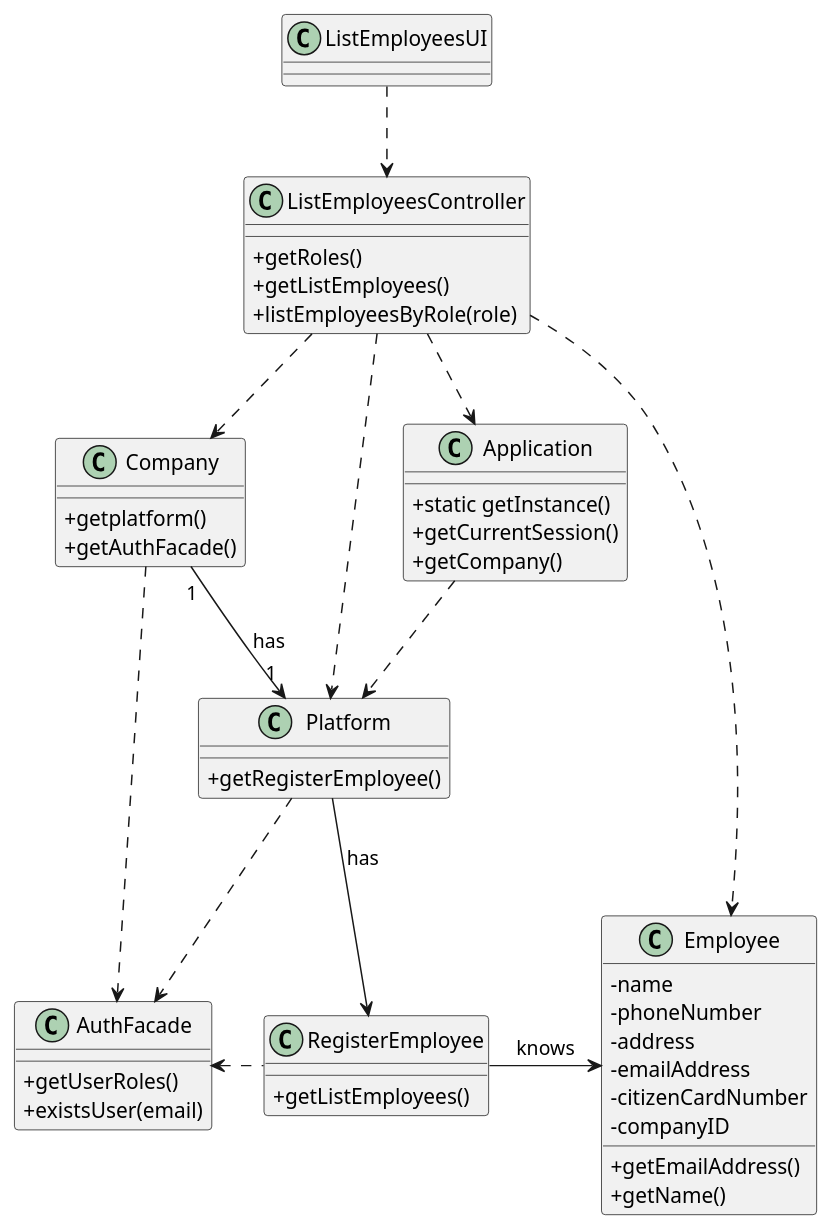
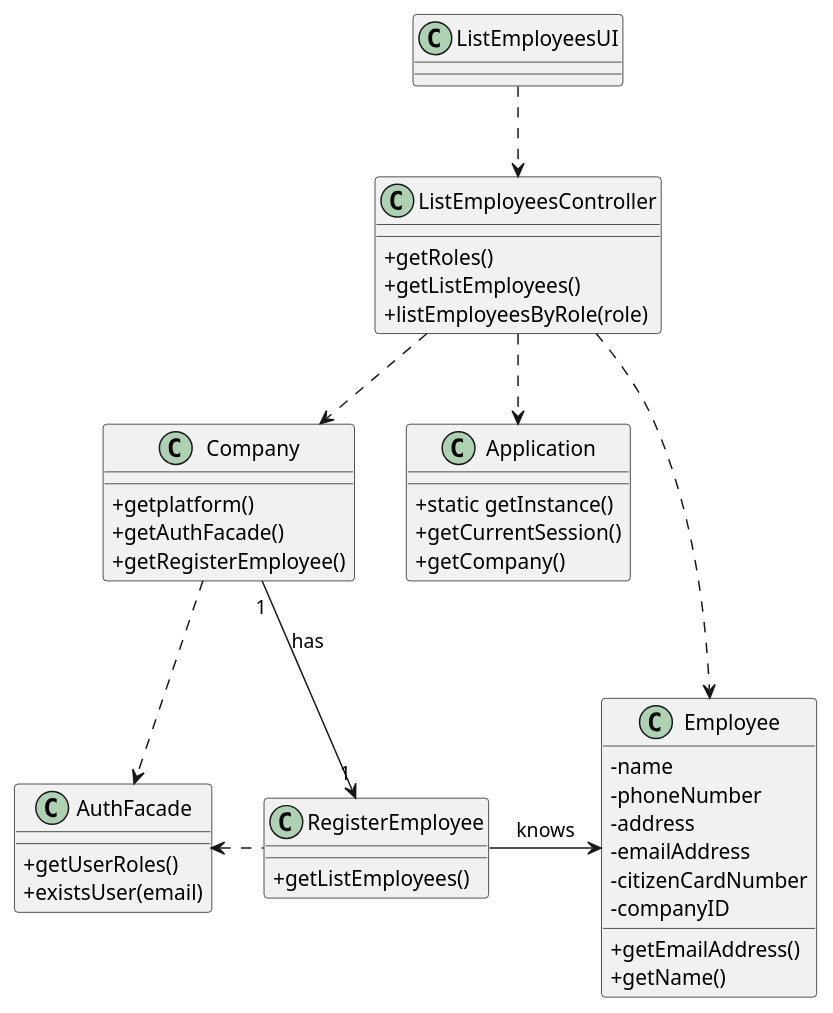
Before and after one commit to diogonapoles/isep-lapr2: the diagram in docs/SprintB/UserStories/US11/US11_CD.puml, drawn with PlantUML. The commit also changed 1 other file, not shown here.

Commit message:
[US-11][Design][Class Diagram]
Finished class diagram

```diff
--- a/docs/SprintB/UserStories/US11/US11_CD.puml
+++ b/docs/SprintB/UserStories/US11/US11_CD.puml
@@ -1,75 +1,70 @@
 @startuml
 skinparam classAttributeIconSize 0
 
 
 class AuthFacade{
 +getUserRoles()
 +existsUser(email)
 }
 
 class Application {
   +static getInstance()
   +getCurrentSession()
   +getCompany()
 
 }
 
 class Company {
 +getplatform()
 +getAuthFacade()
++getRegisterEmployee()
 }
 
 class Employee {
 -name
 -phoneNumber
 -address
 -emailAddress
 -citizenCardNumber
 -companyID
 +getEmailAddress()
 +getName()
 }
 
 
 class RegisterEmployee{
 +getListEmployees()
 
 }
 
 
 
 
-class Platform{
-+getRegisterEmployee()
-}
+
 
 class ListEmployeesController {
 +getRoles()
   +getListEmployees()
   +listEmployeesByRole(role)
 
 
 }
 
 class ListEmployeesUI {
 
 }
 
 ListEmployeesUI ..> ListEmployeesController
 ListEmployeesController ..> Application
 ListEmployeesController ..> Company
-ListEmployeesController ..> Platform
-Application ..> Platform
-Platform ..> AuthFacade
 Company ..> AuthFacade
 RegisterEmployee .left.> AuthFacade
 ListEmployeesController ..> Employee
-Platform --> RegisterEmployee :has
-Company "1" --> "1" Platform : has
+Company "1" --> "1" RegisterEmployee : has
 RegisterEmployee -right-> Employee : knows
 
 
 
 
 
 @enduml
```
